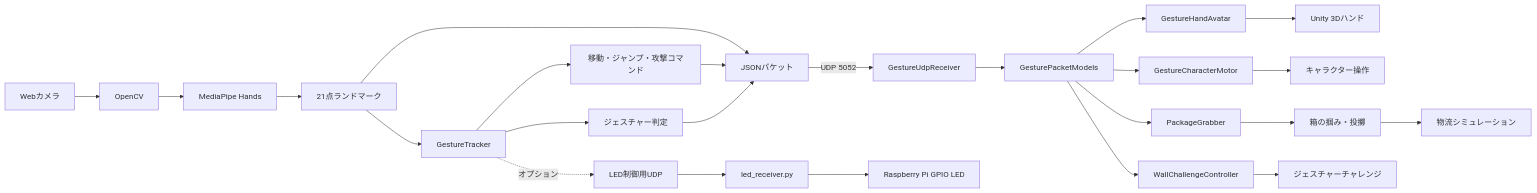
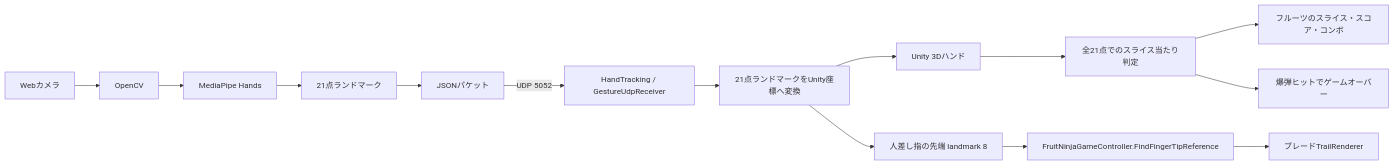
Before and after one commit to tanakaseidy3103/frut-ninja: the first of 2 diagrams in README.md, drawn with Mermaid. The commit also changed other lines of this file, not shown here.

Commit message:
docs: rewrite README to describe the Fruit Ninja gameplay

````diff
--- a/README.md
+++ b/README.md
@@ -58,32 +62,21 @@
 ```mermaid
 flowchart LR
     A[Webカメラ] --> B[OpenCV]
     B --> C[MediaPipe Hands]
     C --> D[21点ランドマーク]
 
-    D --> E[GestureTracker]
-    E --> F[ジェスチャー判定]
-    E --> G[移動・ジャンプ・攻撃コマンド]
+    D --> H[JSONパケット]
 
-    F --> H[JSONパケット]
-    G --> H
-    D --> H
+    H -->|UDP 5052| I[HandTracking / GestureUdpReceiver]
+    I --> J[21点ランドマークをUnity座標へ変換]
 
-    H -->|UDP 5052| I[GestureUdpReceiver]
-    I --> J[GesturePacketModels]
+    J --> K[Unity 3Dハンド]
+    J --> L[人差し指の先端 landmark 8]
 
-    J --> K[GestureHandAvatar]
-    J --> L[GestureCharacterMotor]
-    J --> M[PackageGrabber]
-    J --> N[WallChallengeController]
+    L --> M[FruitNinjaGameController.FindFingerTipReference]
+    M --> N[ブレードTrailRenderer]
 
-    K --> O[Unity 3Dハンド]
-    L --> P[キャラクター操作]
-    M --> Q[箱の掴み・投擲]
-    Q --> R[物流シミュレーション]
-    N --> S[ジェスチャーチャレンジ]
-
-    E -. オプション .-> T[LED制御用UDP]
-    T --> U[led_receiver.py]
-    U --> V[Raspberry Pi GPIO LED]
+    K --> O[全21点でのスライス当たり判定]
+    O --> P[フルーツのスライス・スコア・コンボ]
+    O --> Q[爆弾ヒットでゲームオーバー]
 ```
````
